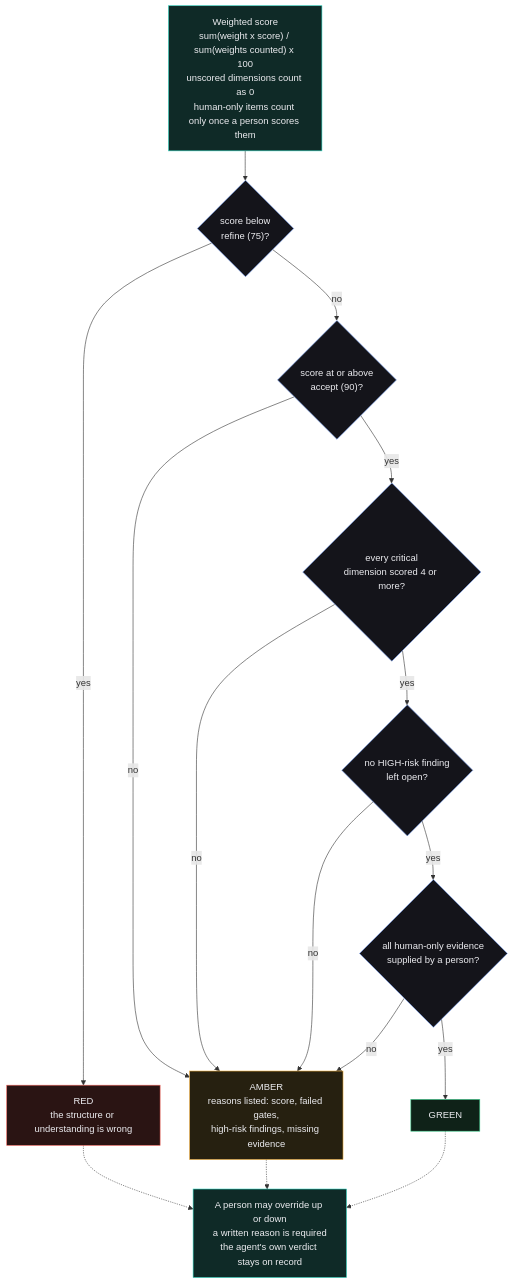
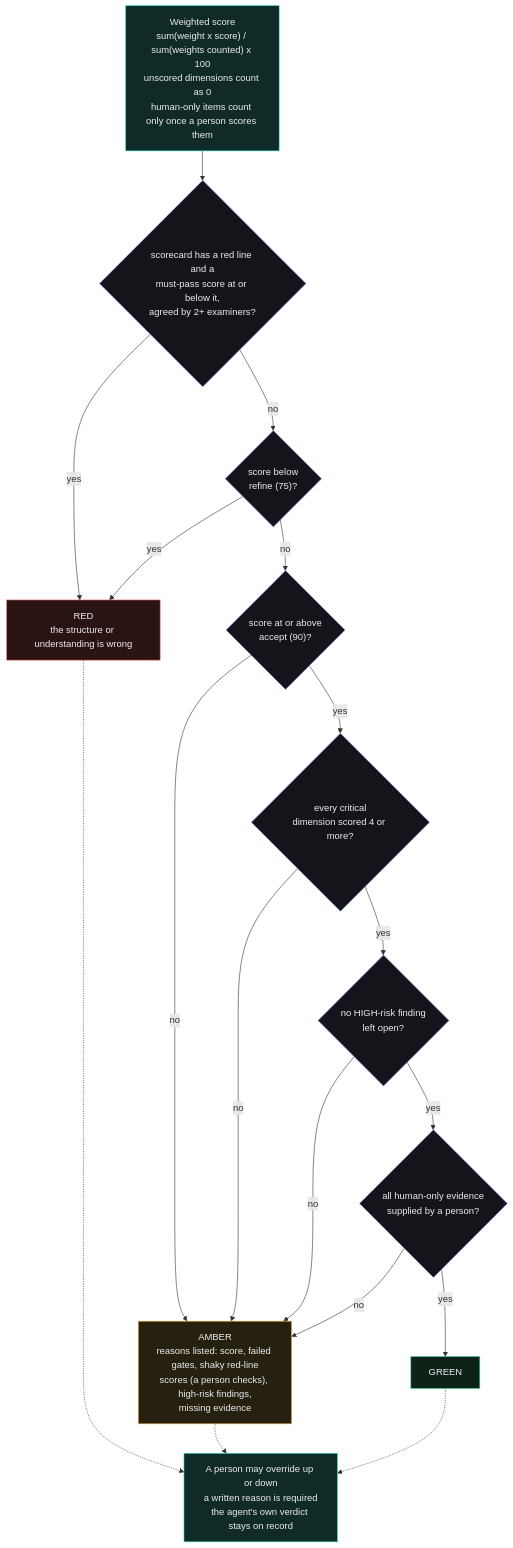
Before and after one commit to Ishaan488/ddd-evaluator: the diagram in docs/diagrams/05-verdict-rule.mmd, drawn with Mermaid. The commit also changed 78 other files, not shown here.

```diff
--- a/docs/diagrams/05-verdict-rule.mmd
+++ b/docs/diagrams/05-verdict-rule.mmd
@@ -1,37 +1,40 @@
 flowchart TD
   S["Weighted score<br/>sum(weight x score) / sum(weights counted) x 100<br/>unscored dimensions count as 0<br/>human-only items count only once a person scores them"]
+  QR{"scorecard has a red line and a<br/>must-pass score at or below it,<br/>agreed by 2+ examiners?"}
   Q1{"score below<br/>refine (75)?"}
   RED["RED<br/>the structure or understanding is wrong"]
   Q2{"score at or above<br/>accept (90)?"}
   Q3{"every critical<br/>dimension scored 4 or more?"}
   QH{"no HIGH-risk finding<br/>left open?"}
   Q4{"all human-only evidence<br/>supplied by a person?"}
   GRN["GREEN"]
-  AMB["AMBER<br/>reasons listed: score, failed gates,<br/>high-risk findings, missing evidence"]
+  AMB["AMBER<br/>reasons listed: score, failed gates, shaky red-line<br/>scores (a person checks), high-risk findings,<br/>missing evidence"]
   OVR["A person may override up or down<br/>a written reason is required<br/>the agent's own verdict stays on record"]
 
-  S --> Q1
+  S --> QR
+  QR -- yes --> RED
+  QR -- no --> Q1
   Q1 -- yes --> RED
   Q1 -- no --> Q2
   Q2 -- no --> AMB
   Q2 -- yes --> Q3
   Q3 -- no --> AMB
   Q3 -- yes --> QH
   QH -- no --> AMB
   QH -- yes --> Q4
   Q4 -- no --> AMB
   Q4 -- yes --> GRN
   RED -.-> OVR
   AMB -.-> OVR
   GRN -.-> OVR
 
   classDef good fill:#0f2218,stroke:#3ecf8e,color:#ececf0
   classDef warn fill:#262010,stroke:#f5b13d,color:#ececf0
   classDef bad fill:#2a1413,stroke:#f2655c,color:#ececf0
   classDef gate fill:#14141a,stroke:#7aa2f7,color:#ececf0
   classDef agent fill:#0f2a27,stroke:#2dd4bf,color:#ececf0
   class GRN good
   class AMB warn
   class RED bad
-  class Q1,Q2,Q3,QH,Q4 gate
+  class QR,Q1,Q2,Q3,QH,Q4 gate
   class S,OVR agent
```
